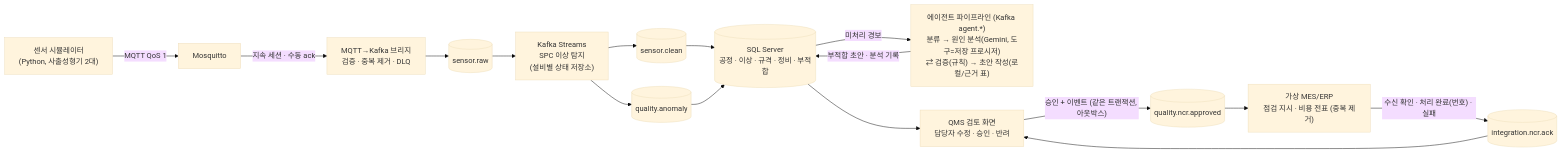
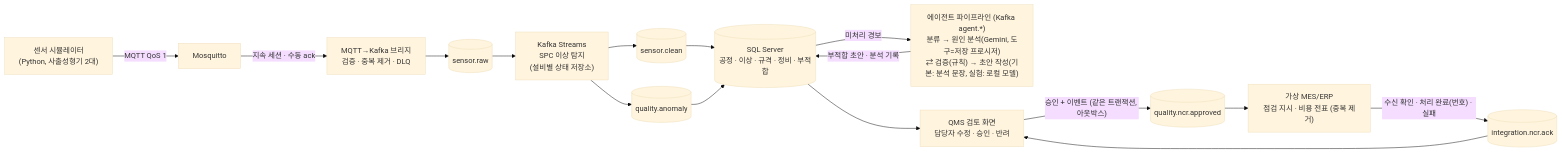
One commit to choiminjeong0623/qualiguard-agent changed the diagram in README.md. Above: the diagram before and after it, drawn with Mermaid (base theme). The commit also changed other lines of this file and 4 other files, not shown here.

````diff
--- a/README.md
+++ b/README.md
@@ -80,16 +80,16 @@
 ```mermaid
 flowchart LR
     SIM["센서 시뮬레이터<br/>(Python, 사출성형기 2대)"] -- "MQTT QoS 1" --> MQ["Mosquitto"]
     MQ -- "지속 세션 · 수동 ack" --> BR["MQTT→Kafka 브리지<br/>검증 · 중복 제거 · DLQ"]
     BR --> RAW[("sensor.raw")]
     RAW --> SPC["Kafka Streams<br/>SPC 이상 탐지<br/>(설비별 상태 저장소)"]
     SPC --> CLEAN[("sensor.clean")]
     SPC --> ANO[("quality.anomaly")]
     CLEAN --> DB[("SQL Server<br/>공정 · 이상 · 규격 · 정비 · 부적합")]
     ANO --> DB
-    DB -- "미처리 경보" --> AG["에이전트 파이프라인 (Kafka agent.*)<br/>분류 → 원인 분석(Gemini, 도구=저장 프로시저)<br/>⇄ 검증(규칙) → 초안 작성(로컬/근거 표)"]
+    DB -- "미처리 경보" --> AG["에이전트 파이프라인 (Kafka agent.*)<br/>분류 → 원인 분석(Gemini, 도구=저장 프로시저)<br/>⇄ 검증(규칙) → 초안 작성(기본: 분석 문장, 실험: 로컬 모델)"]
     AG -- "부적합 초안 · 분석 기록" --> DB
     DB --> QMS["QMS 검토 화면<br/>담당자 수정 · 승인 · 반려"]
     QMS -- "승인 + 이벤트 (같은 트랜잭션, 아웃박스)" --> APR[("quality.ncr.approved")] --> MES["가상 MES/ERP<br/>점검 지시 · 비용 전표 (중복 제거)"]
     MES -- "수신 확인 · 처리 완료(번호) · 실패" --> ACK[("integration.ncr.ack")] --> QMS
 ```
````
